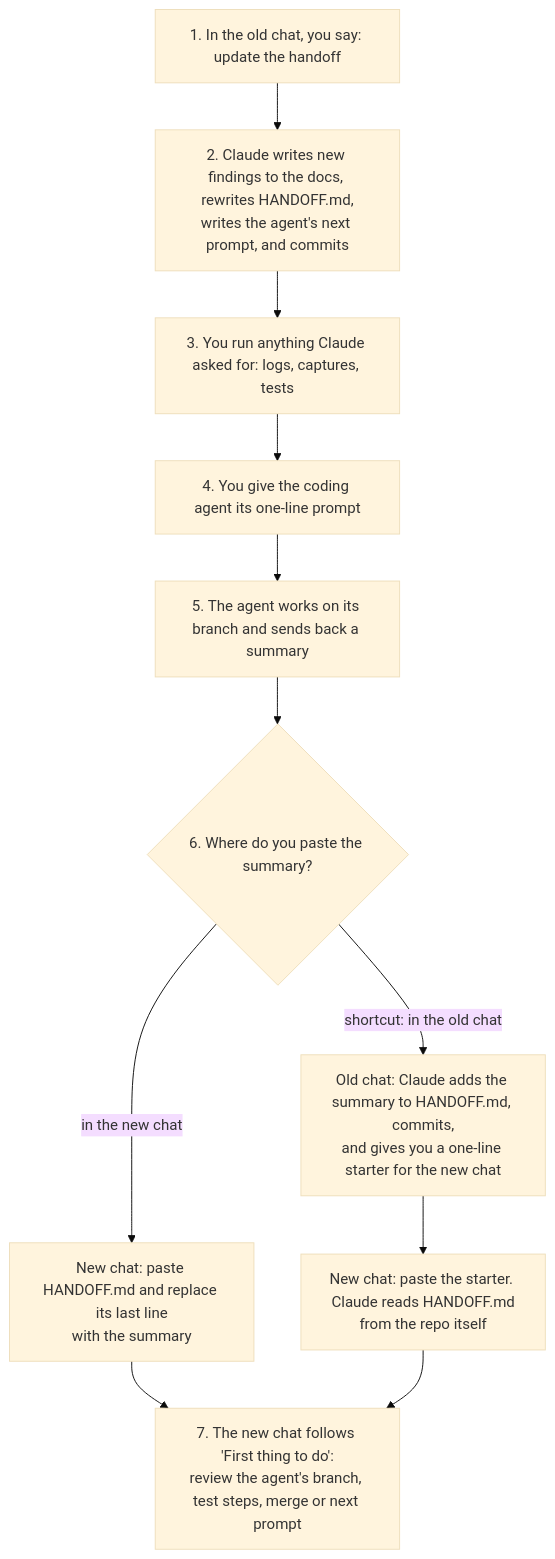
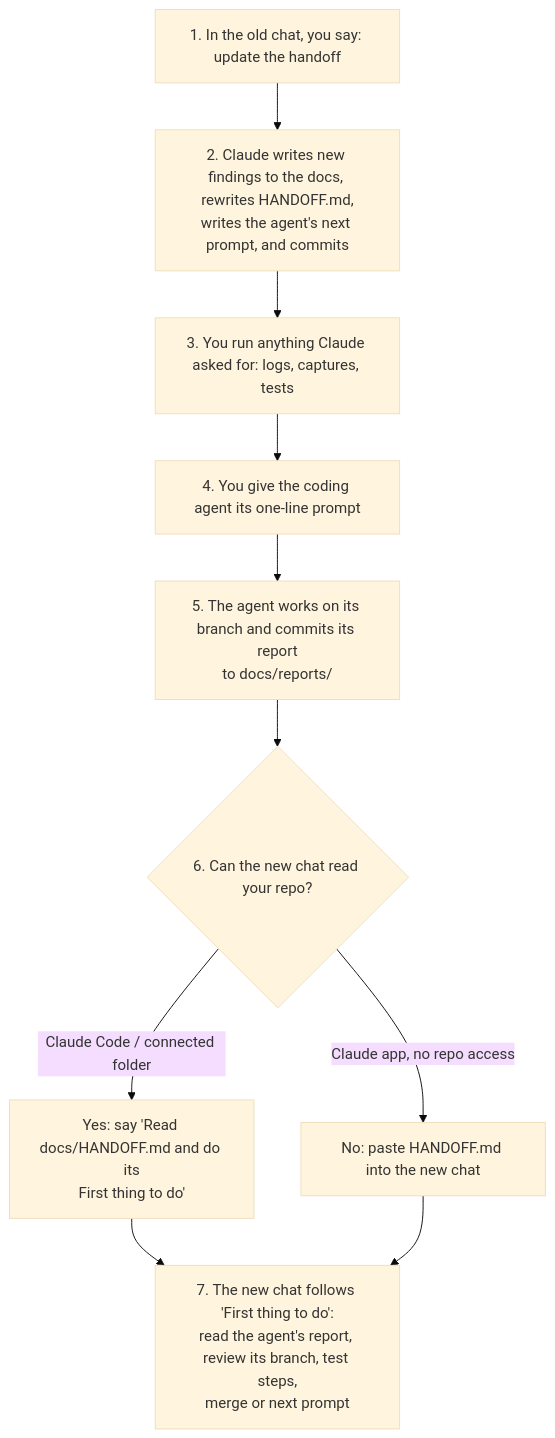
One commit to Trooper-code/Trooper-s-Coordinator-Skills changed the second of 2 diagrams in README.md. Above: the diagram before and after it, drawn with Mermaid (base theme). The commit also changed other lines of this file and 18 other files, not shown here.

First line of the commit message:
v1.3.0: AGENTS.md, agent reports, stop conditions, versions, checker, status, abandon

````diff
--- a/README.md
+++ b/README.md
@@ -58,16 +60,15 @@
 ```mermaid
 flowchart TD
     S1["1. In the old chat, you say: update the handoff"]
     S2["2. Claude writes new findings to the docs, rewrites HANDOFF.md,<br/>writes the agent's next prompt, and commits"]
     S3["3. You run anything Claude asked for: logs, captures, tests"]
     S4["4. You give the coding agent its one-line prompt"]
-    S5["5. The agent works on its branch and sends back a summary"]
-    Q{"6. Where do you paste the summary?"}
-    N1["New chat: paste HANDOFF.md and replace its last line<br/>with the summary"]
-    O1["Old chat: Claude adds the summary to HANDOFF.md, commits,<br/>and gives you a one-line starter for the new chat"]
-    O2["New chat: paste the starter. Claude reads HANDOFF.md<br/>from the repo itself"]
-    S7["7. The new chat follows 'First thing to do':<br/>review the agent's branch, test steps, merge or next prompt"]
+    S5["5. The agent works on its branch and commits its report<br/>to docs/reports/"]
+    Q{"6. Can the new chat read your repo?"}
+    N1["Yes: say 'Read docs/HANDOFF.md and do its<br/>First thing to do'"]
+    O1["No: paste HANDOFF.md into the new chat"]
+    S7["7. The new chat follows 'First thing to do':<br/>read the agent's report, review its branch, test steps,<br/>merge or next prompt"]
     S1 --> S2 --> S3 --> S4 --> S5 --> Q
-    Q -->|"in the new chat"| N1 --> S7
-    Q -->|"shortcut: in the old chat"| O1 --> O2 --> S7
+    Q -->|"Claude Code / connected folder"| N1 --> S7
+    Q -->|"Claude app, no repo access"| O1 --> S7
 ```
````
